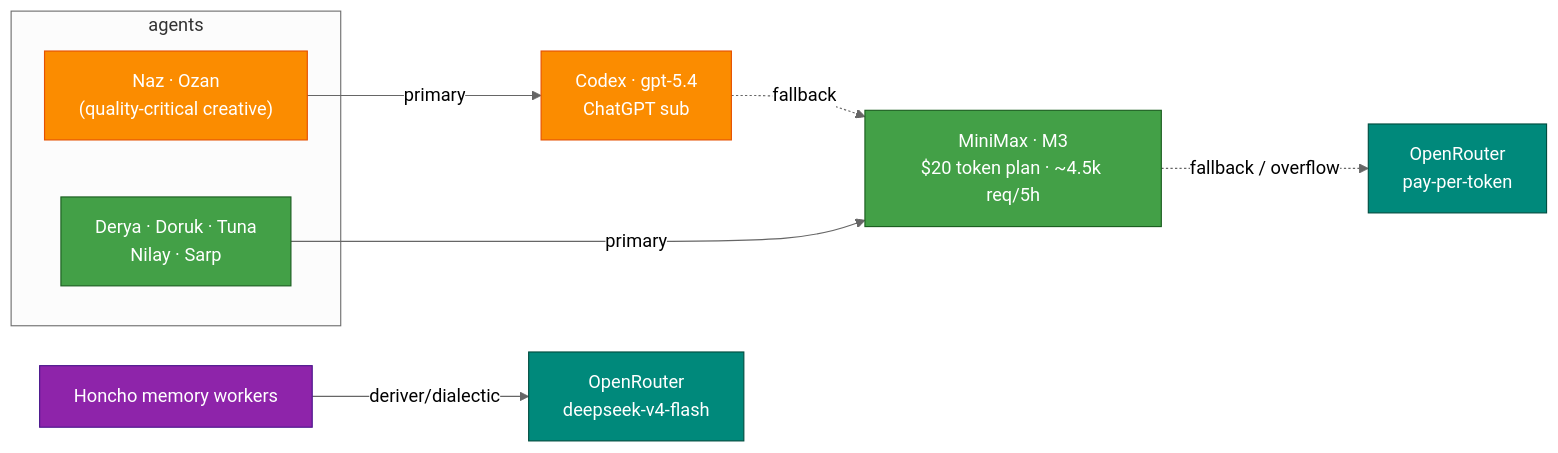
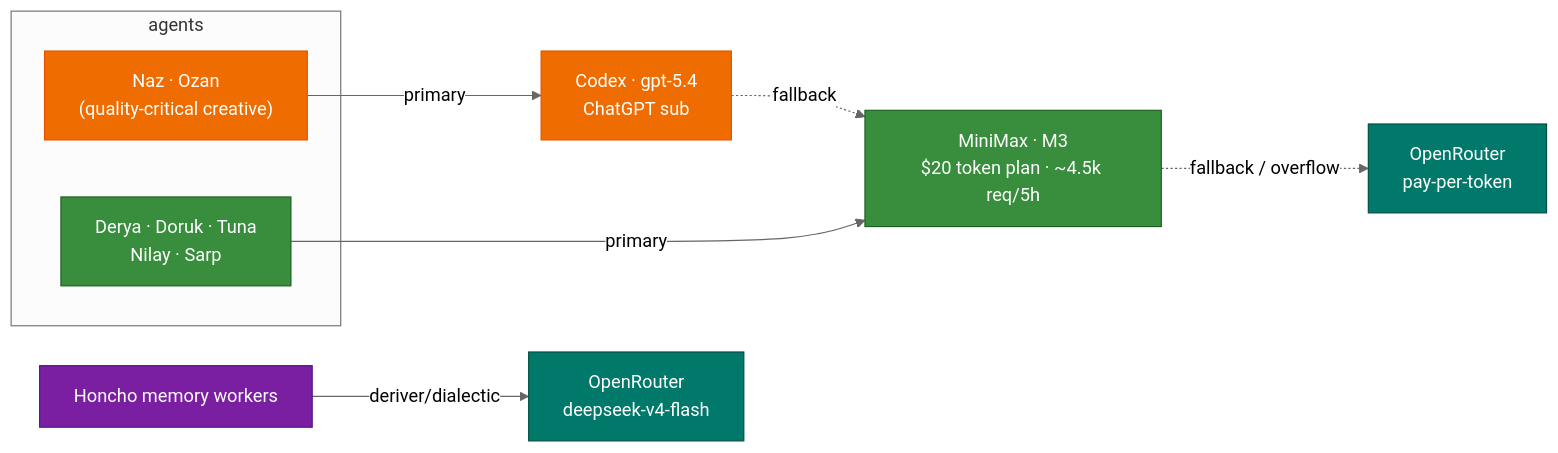
One commit to mpolatcan/hermes-setup changed the third of 5 diagrams in README.md. Above: the diagram before and after it, drawn with Mermaid (neutral theme). The commit also changed other lines of this file and 9 other files, not shown here.

First line of the commit message:
docs: unify mermaid palette to Material Design (legible contrast)

````diff
--- a/README.md
+++ b/README.md
@@ -124,16 +124,16 @@
 ```mermaid
 flowchart LR
     subgraph agents["agents"]
         cx["Naz · Ozan<br/>(quality-critical creative)"]:::codex
         mm["Derya · Doruk · Tuna<br/>Nilay · Sarp"]:::mini
     end
     cx -->|primary| Codex["Codex · gpt-5.4<br/>ChatGPT sub"]:::codex
     mm -->|primary| MiniMax["MiniMax · M3<br/>$20 token plan · ~4.5k req/5h"]:::mini
     Codex -. fallback .-> MiniMax
     MiniMax -. fallback / overflow .-> OR["OpenRouter<br/>pay-per-token"]:::ext
     Honcho["Honcho memory workers"]:::infra -->|deriver/dialectic| ORd["OpenRouter<br/>deepseek-v4-flash"]:::ext
-    classDef codex fill:#FB8C00,stroke:#E65100,color:#fff
-    classDef mini fill:#43A047,stroke:#1B5E20,color:#fff
-    classDef ext fill:#00897B,stroke:#004D40,color:#fff
-    classDef infra fill:#8E24AA,stroke:#4A148C,color:#fff
+    classDef codex fill:#EF6C00,stroke:#E65100,color:#fff
+    classDef mini fill:#388E3C,stroke:#1B5E20,color:#fff
+    classDef ext fill:#00796B,stroke:#004D40,color:#fff
+    classDef infra fill:#7B1FA2,stroke:#4A148C,color:#fff
 ```
````
